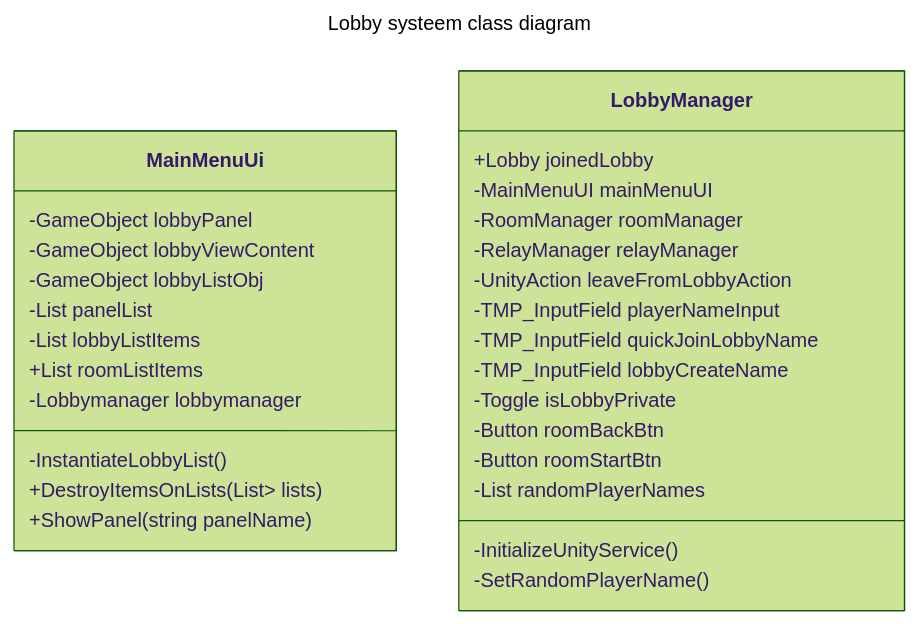
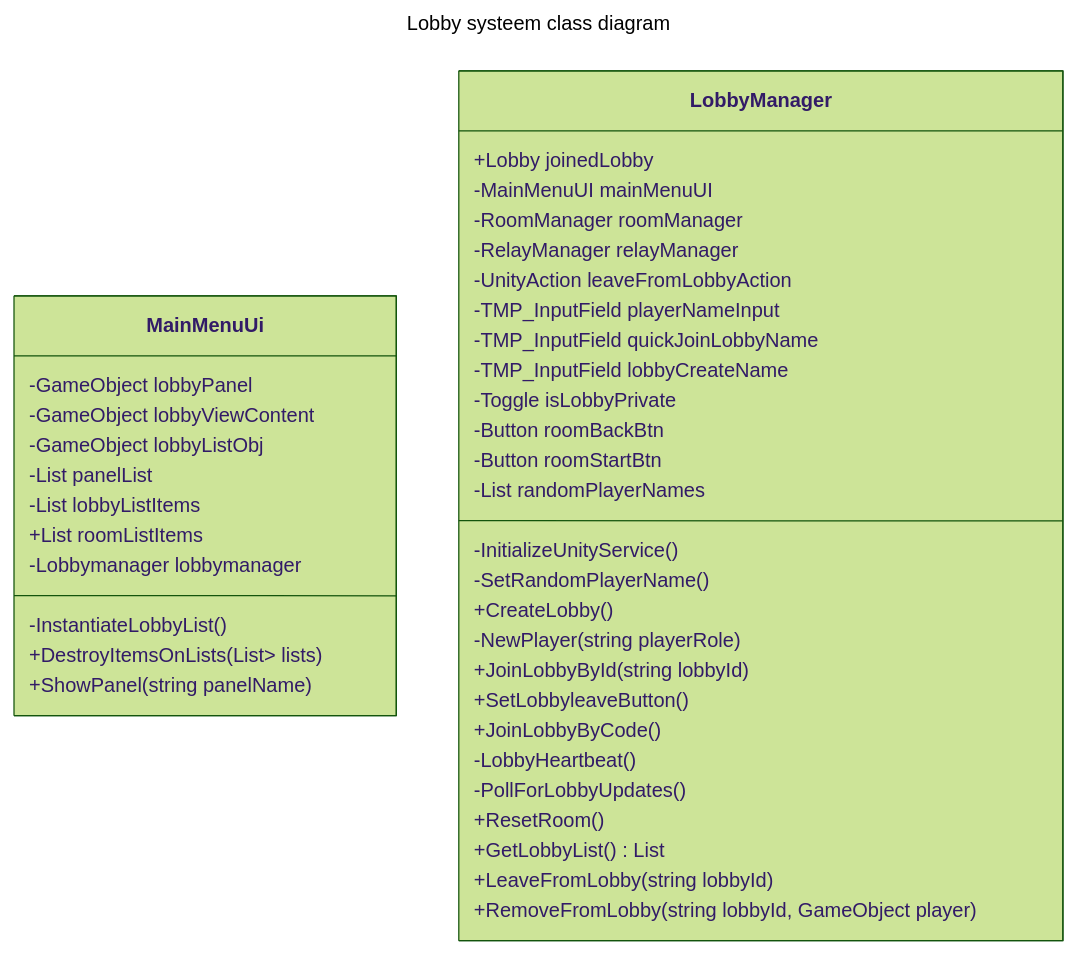
Before and after one commit to T3rabyte/Examen: the third of 4 diagrams in README.md, drawn with Mermaid (forest theme).

````diff
--- a/README.md
+++ b/README.md
@@ -67,34 +67,45 @@
 ```mermaid
 ---
 title: Lobby systeem class diagram
 ---
 classDiagram
     class MainMenuUi{
         -GameObject lobbyPanel
         -GameObject lobbyViewContent
         -GameObject lobbyListObj
         -List<GameObject> panelList
         -List<GameObject> lobbyListItems
         +List<GameObject> roomListItems
         -Lobbymanager lobbymanager
         -InstantiateLobbyList()
         +DestroyItemsOnLists(List<List<GameObjects>> lists)
         +ShowPanel(string panelName)
     }
     class LobbyManager{
         +Lobby joinedLobby
         -MainMenuUI mainMenuUI
         -RoomManager roomManager
         -RelayManager relayManager
         -UnityAction leaveFromLobbyAction
         -TMP_InputField playerNameInput
         -TMP_InputField quickJoinLobbyName
         -TMP_InputField lobbyCreateName
         -Toggle isLobbyPrivate
         -Button roomBackBtn
         -Button roomStartBtn
         -List<string> randomPlayerNames
         -InitializeUnityService()
         -SetRandomPlayerName()
+        +CreateLobby()
+        -NewPlayer(string playerRole)
+        +JoinLobbyById(string lobbyId)
+        +SetLobbyleaveButton()
+        +JoinLobbyByCode()
+        -LobbyHeartbeat()
+        -PollForLobbyUpdates()
+        +ResetRoom()
+        +GetLobbyList() List<Lobby>
+        +LeaveFromLobby(string lobbyId)
+        +RemoveFromLobby(string lobbyId, GameObject player) 
     }
 ```
````
